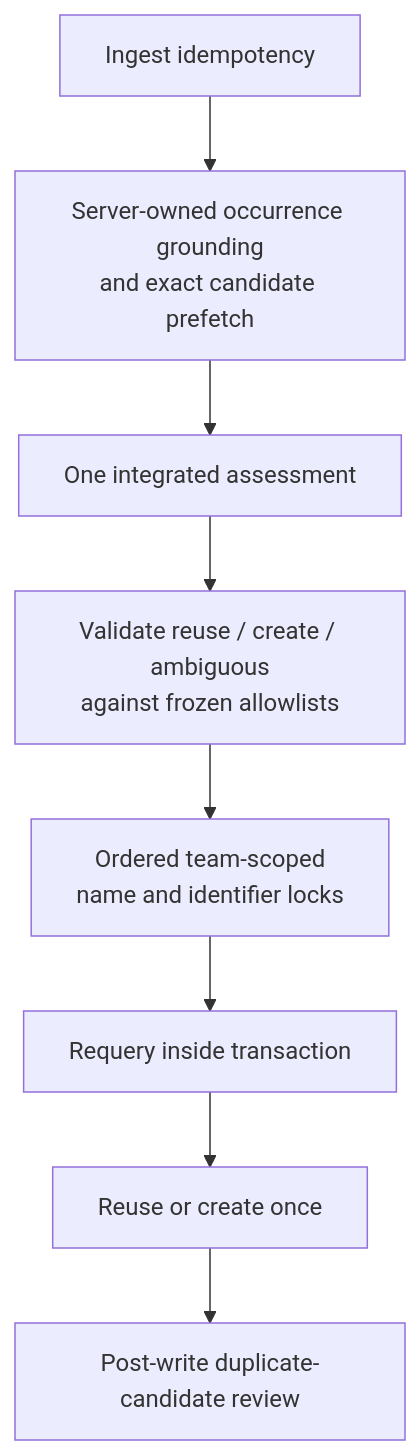
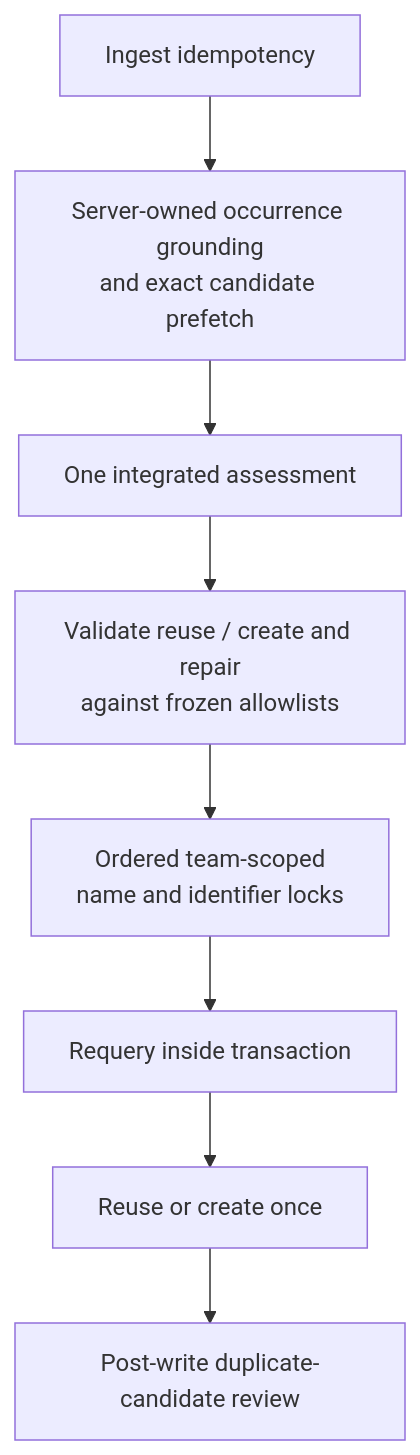
Before and after one commit to markhuangai/dense-mem: the seventh of 7 diagrams in Entity-Identity-And-Resolution.md, drawn with Mermaid. The commit also changed other lines of this file and 17 other files, not shown here.

````diff
--- a/Entity-Identity-And-Resolution.md
+++ b/Entity-Identity-And-Resolution.md
@@ -345,11 +354,11 @@
 ```mermaid
 %%{init: {"flowchart": {"curve": "linear"}}}%%
 flowchart TD
   Idempotency["Ingest idempotency"] --> Candidates["Server-owned occurrence grounding<br/>and exact candidate prefetch"]
   Candidates --> Assess["One integrated assessment"]
-  Assess --> Validate["Validate reuse / create / ambiguous<br/>against frozen allowlists"]
+  Assess --> Validate["Validate reuse / create and repair<br/>against frozen allowlists"]
   Validate --> Lock["Ordered team-scoped<br/>name and identifier locks"]
   Lock --> Recheck["Requery inside transaction"]
   Recheck --> Write["Reuse or create once"]
   Write --> Detect["Post-write duplicate-candidate review"]
 ```
````
